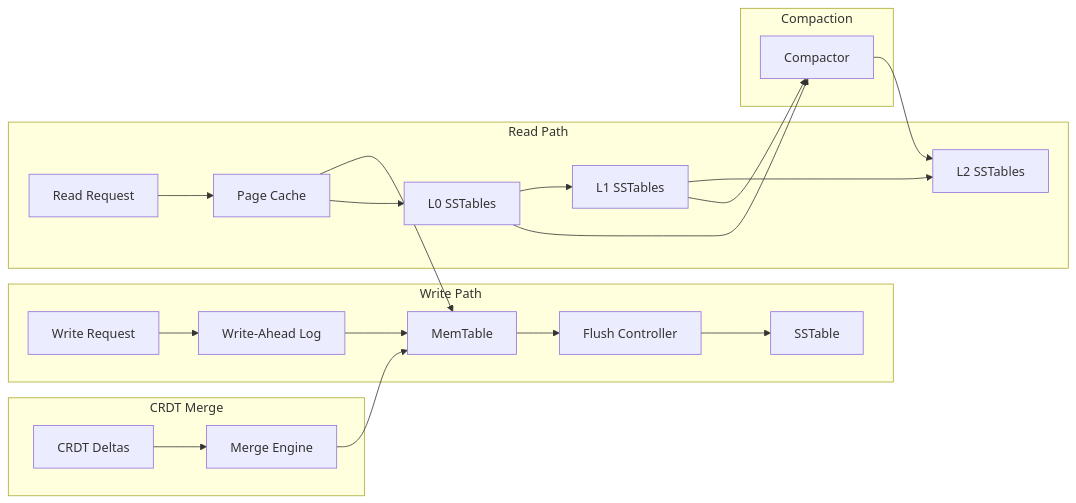
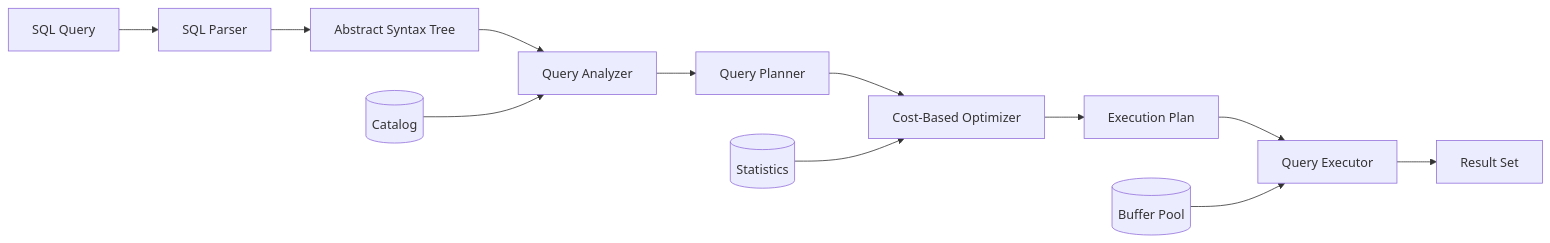
Before and after one commit to hoangsonww/LatticeDB-NextGen-DBMS: the first of 8 diagrams in ARCHITECTURE.md, drawn with Mermaid. The commit also changed other lines of this file and 177 other files, not shown here.

````diff
--- a/ARCHITECTURE.md
+++ b/ARCHITECTURE.md
@@ -171,28 +73,15 @@
 ```mermaid
 flowchart LR
-    subgraph "Write Path"
-        WRITE[Write Request] --> WAL[Write-Ahead Log]
-        WAL --> MEMTABLE[MemTable]
-        MEMTABLE --> FLUSH[Flush Controller]
-        FLUSH --> SSTABLE[SSTable]
-    end
+    SQL[SQL Query] --> Parser[SQL Parser]
+    Parser --> AST[Abstract Syntax Tree]
+    AST --> Analyzer[Query Analyzer]
+    Analyzer --> Planner[Query Planner]
+    Planner --> Optimizer[Cost-Based Optimizer]
+    Optimizer --> Plan[Execution Plan]
+    Plan --> Executor[Query Executor]
+    Executor --> Result[Result Set]
 
-    subgraph "Read Path"
-        READ[Read Request] --> CACHE[Page Cache]
-        CACHE --> MEMTABLE
-        CACHE --> L0[L0 SSTables]
-        L0 --> L1[L1 SSTables]
-        L1 --> L2[L2 SSTables]
-    end
-
-    subgraph "Compaction"
-        L0 --> COMPACT[Compactor]
-        L1 --> COMPACT
-        COMPACT --> L2
-    end
-
-    subgraph "CRDT Merge"
-        DELTA[CRDT Deltas] --> MERGER[Merge Engine]
-        MERGER --> MEMTABLE
-    end
+    Catalog[(Catalog)] --> Analyzer
+    Stats[(Statistics)] --> Optimizer
+    Buffer[(Buffer Pool)] --> Executor
 ```
````
